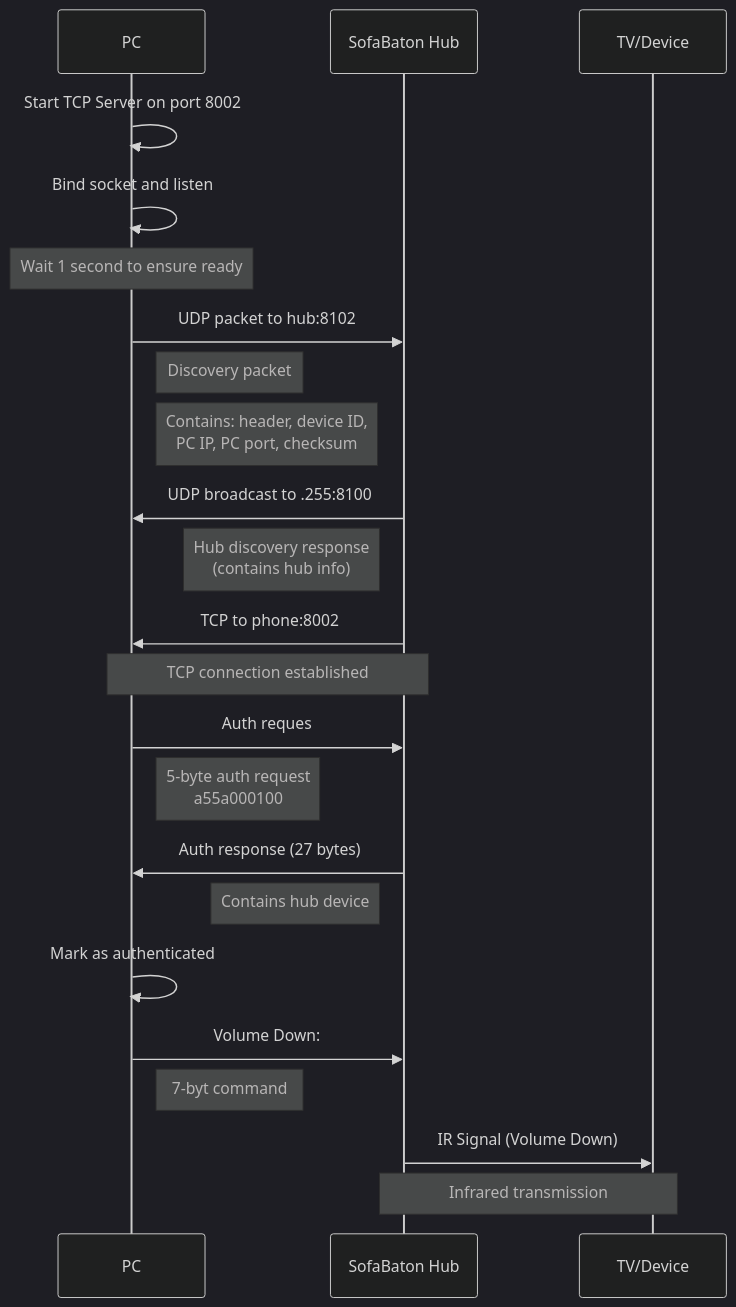
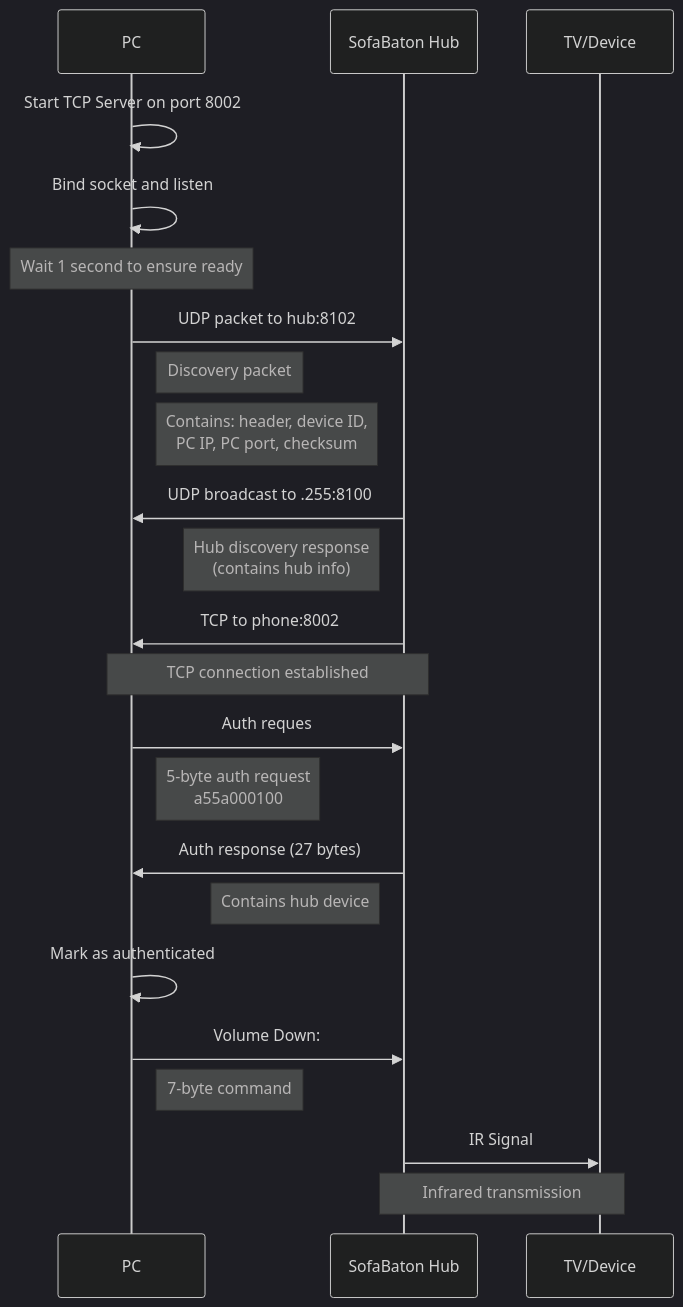
Before and after one commit to YurkoWasHere/sofabaton-api: the diagram in README.md, drawn with Mermaid (dark theme).

````diff
--- a/README.md
+++ b/README.md
@@ -37,36 +37,36 @@
 ```mermaid
   sequenceDiagram
       participant PC as PC
       participant Hub as SofaBaton Hub
       participant TV as TV/Device
 
       %% Step 1: Server Setup
       PC->>PC: Start TCP Server on port 8002
       PC->>PC: Bind socket and listen
       Note over PC: Wait 1 second to ensure ready
 
       %% Step 2: Discovery
       PC->>Hub: UDP packet to hub:8102
       Note right of PC: Discovery packet
       Note right of PC: Contains: header, device ID,<br/>PC IP, PC port, checksum
 
       %% Step 3: Hub Response
       Hub->>PC: UDP broadcast to .255:8100
       Note left of Hub: Hub discovery response<br/>(contains hub info)
 
       %% Step 4: TCP Connection
       Hub->>PC: TCP to phone:8002
       Note over PC, Hub: TCP connection established
 
       %% Step 5: Authentication
       PC->>Hub: Auth reques
       Note right of PC: 5-byte auth request<br/>a55a000100
       Hub->>PC: Auth response (27 bytes)
       Note left of Hub: Contains hub device
       PC->>PC: Mark as authenticated
 
       PC->>Hub: Volume Down:
-      Note right of PC: 7-byt command
-      Hub->>TV: IR Signal (Volume Down)
+      Note right of PC: 7-byte command
+      Hub->>TV: IR Signal
       Note over Hub, TV: Infrared transmission
 ```
````
